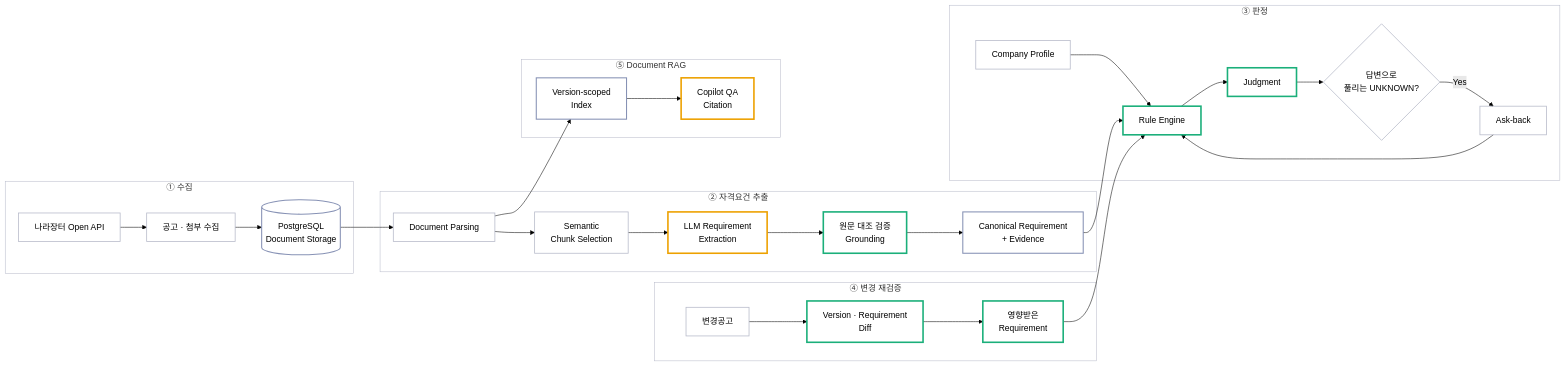
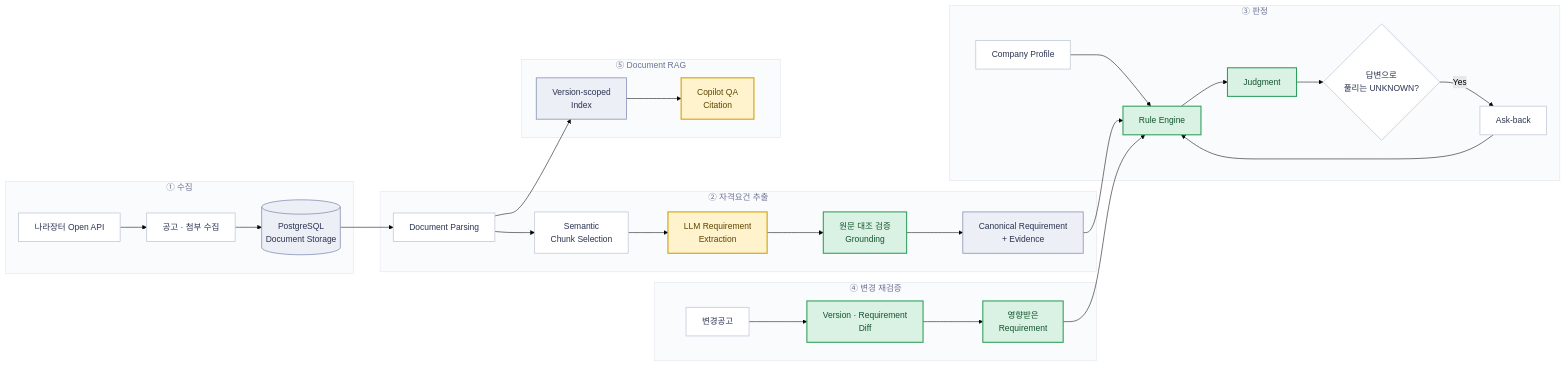
The third of 3 diagrams in README.md (SKNETWORKS-FAMILY-AICAMP/SKN34-3rd-4Team), drawn with Mermaid (forest theme) before and after one commit. The commit also changed other lines of this file, not shown here.

````diff
--- a/README.md
+++ b/README.md
@@ -431,46 +502,46 @@
 ```mermaid
 flowchart LR
     subgraph collect["① 수집"]
         A[나라장터 Open API] --> B[공고 · 첨부 수집]
         B --> C[(PostgreSQL<br/>Document Storage)]
     end
 
     subgraph extract["② 자격요건 추출"]
         D[Document Parsing] --> E[Semantic<br/>Chunk Selection]
         E --> F["LLM Requirement<br/>Extraction"]
         F --> G["원문 대조 검증<br/>Grounding"]
         G --> H[Canonical Requirement<br/>+ Evidence]
     end
 
     subgraph judge["③ 판정"]
         P[Company Profile] --> I[Rule Engine]
         I --> J[Judgment]
         J --> K{답변으로<br/>풀리는 UNKNOWN?}
         K -->|Yes| L[Ask-back] --> I
     end
 
     subgraph change["④ 변경 재검증"]
         M[변경공고] --> N[Version · Requirement<br/>Diff] --> O[영향받은<br/>Requirement]
     end
 
     subgraph rag["⑤ Document RAG"]
         R[Version-scoped<br/>Index] --> S["Copilot QA<br/>Citation"]
     end
 
     C --> D
     H --> I
     O --> I
     D --> R
 
-    classDef llm fill:none,stroke:#eda100,stroke-width:3px
-    classDef rule fill:none,stroke:#1baf7a,stroke-width:3px
-    classDef store fill:none,stroke:#8792b5,stroke-width:2px
-    classDef plain fill:none,stroke:#b9bccb,stroke-width:1.5px
-    classDef zone fill:none,stroke:#b9bccb,stroke-width:1px
+    classDef llm fill:#fff3cd,stroke:#d39e00,stroke-width:2px,color:#5c4500
+    classDef rule fill:#d9f2e3,stroke:#2e9e5b,stroke-width:2px,color:#14532d
+    classDef store fill:#eceff6,stroke:#8792b5,stroke-width:1.5px,color:#2b3350
+    classDef plain fill:#ffffff,stroke:#c4cada,stroke-width:1.5px,color:#2b3350
+    classDef zone fill:#fafbfd,stroke:#dfe3ec,stroke-width:1px,color:#6b7391
 
     class F,S llm
     class G,I,J,N,O rule
     class C,H,R store
     class A,B,D,E,P,K,L,M plain
     class collect,extract,judge,change,rag zone
 ```
````
